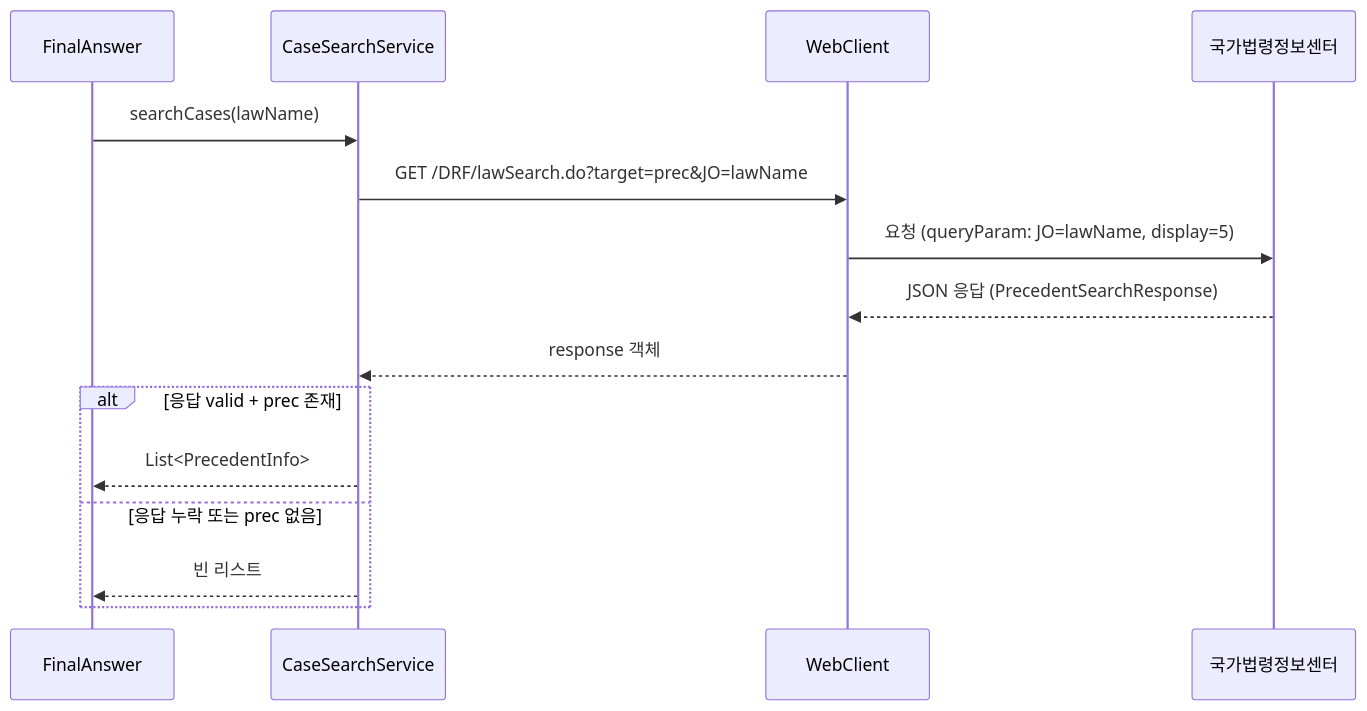
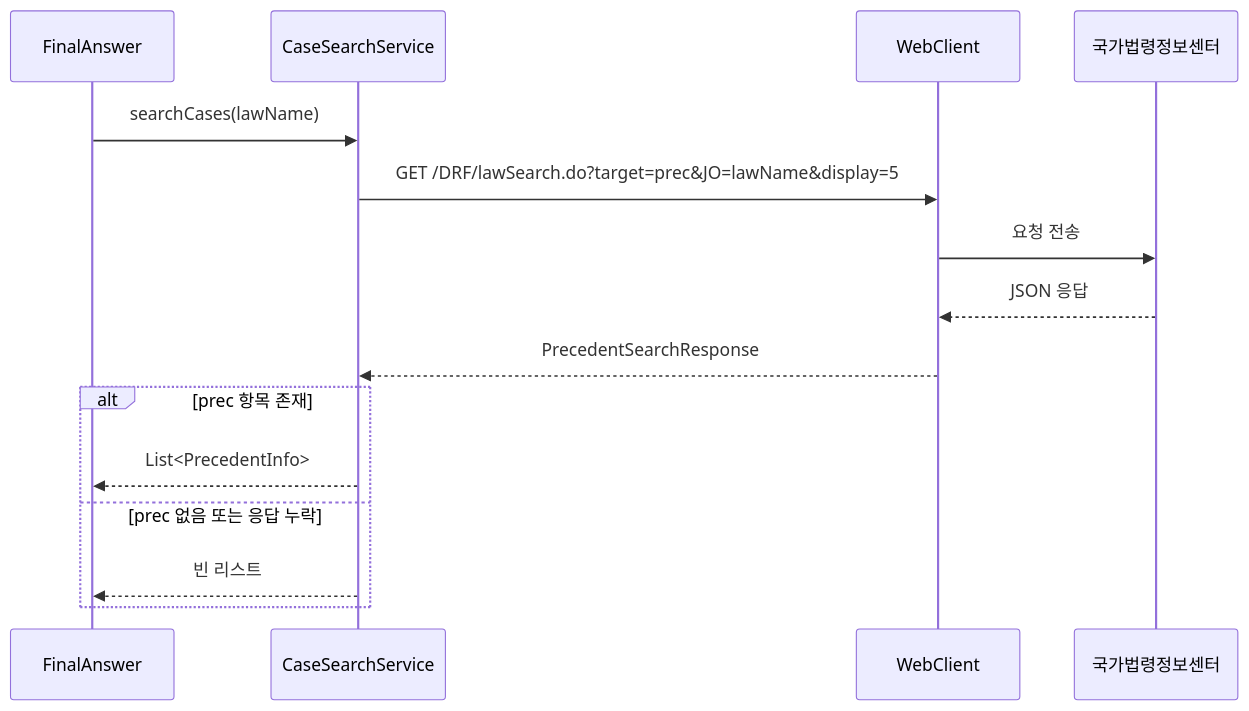
One commit to ranpia/MoleLaw_backend changed diagram 14 of 17 in README.md. Above: the diagram before and after it, drawn with Mermaid. The commit also changed other lines of this file and 9 other files, not shown here.

Commit message:
readme: 클래스다이어그램 사진 첨부 - 시퀀스 다이어그램 정리

````diff
--- a/README.md
+++ b/README.md
@@ -412,20 +601,20 @@
 ```mermaid
 sequenceDiagram
   participant FinalAnswer
   participant CaseSearchService
   participant WebClient
   participant OpenLawAPI as 국가법령정보센터
 
   FinalAnswer->>CaseSearchService: searchCases(lawName)
-  CaseSearchService->>WebClient: GET /DRF/lawSearch.do?target=prec&JO=lawName
-  WebClient->>OpenLawAPI: 요청 (queryParam: JO=lawName, display=5)
-  OpenLawAPI-->>WebClient: JSON 응답 (PrecedentSearchResponse)
-  WebClient-->>CaseSearchService: response 객체
+  CaseSearchService->>WebClient: GET /DRF/lawSearch.do?target=prec&JO=lawName&display=5
+  WebClient->>OpenLawAPI: 요청 전송
+  OpenLawAPI-->>WebClient: JSON 응답
+  WebClient-->>CaseSearchService: PrecedentSearchResponse
 
-  alt 응답 valid + prec 존재
+  alt prec 항목 존재
     CaseSearchService-->>FinalAnswer: List<PrecedentInfo>
-  else 응답 누락 또는 prec 없음
+  else prec 없음 또는 응답 누락
     CaseSearchService-->>FinalAnswer: 빈 리스트
   end
 
 ```
````
